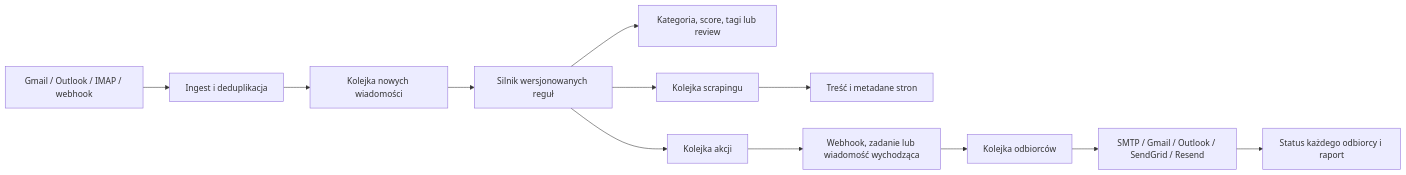
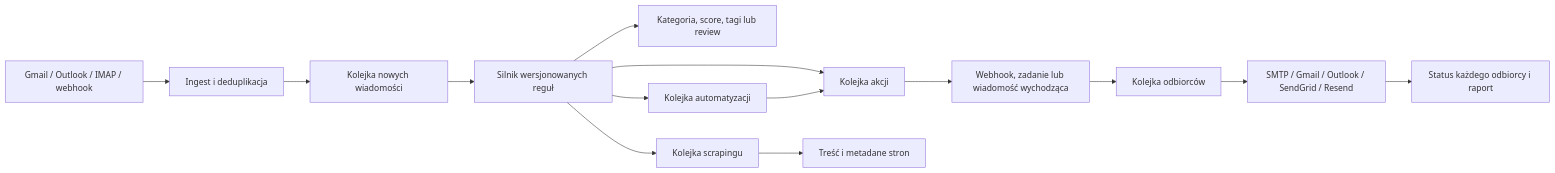
One commit to Depal-Jakub/mailflow-studio changed the diagram in docs/ARCHITECTURE.md. Above: the diagram before and after it, drawn with Mermaid. The commit also changed 90 other files, not shown here.

````diff
--- a/docs/ARCHITECTURE.md
+++ b/docs/ARCHITECTURE.md
@@ -5,14 +5,16 @@
 ```mermaid
 flowchart LR
   A["Gmail / Outlook / IMAP / webhook"] --> B["Ingest i deduplikacja"]
   B --> C["Kolejka nowych wiadomości"]
   C --> D["Silnik wersjonowanych reguł"]
   D --> E["Kategoria, score, tagi lub review"]
   D --> F["Kolejka scrapingu"]
   D --> G["Kolejka akcji"]
+  D --> M["Kolejka automatyzacji"]
   F --> H["Treść i metadane stron"]
   G --> I["Webhook, zadanie lub wiadomość wychodząca"]
+  M --> G
   I --> J["Kolejka odbiorców"]
   J --> K["SMTP / Gmail / Outlook / SendGrid / Resend"]
   K --> L["Status każdego odbiorcy i raport"]
 ```
````
